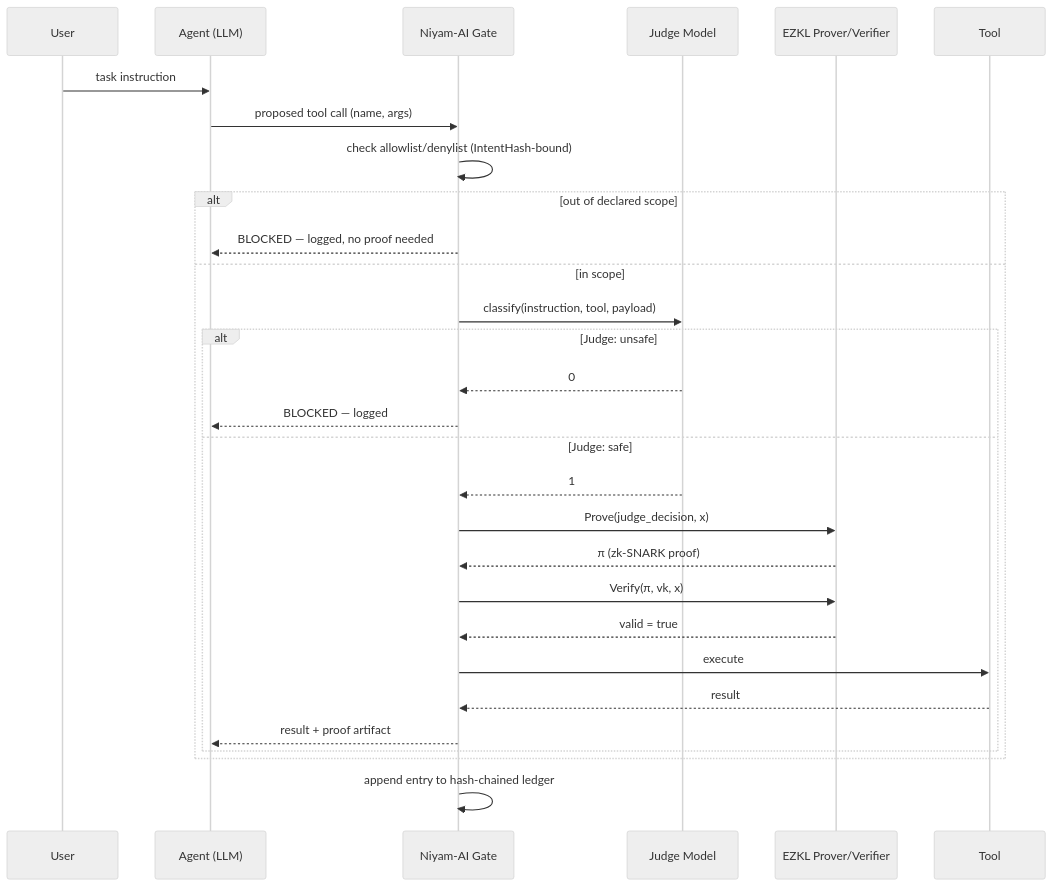
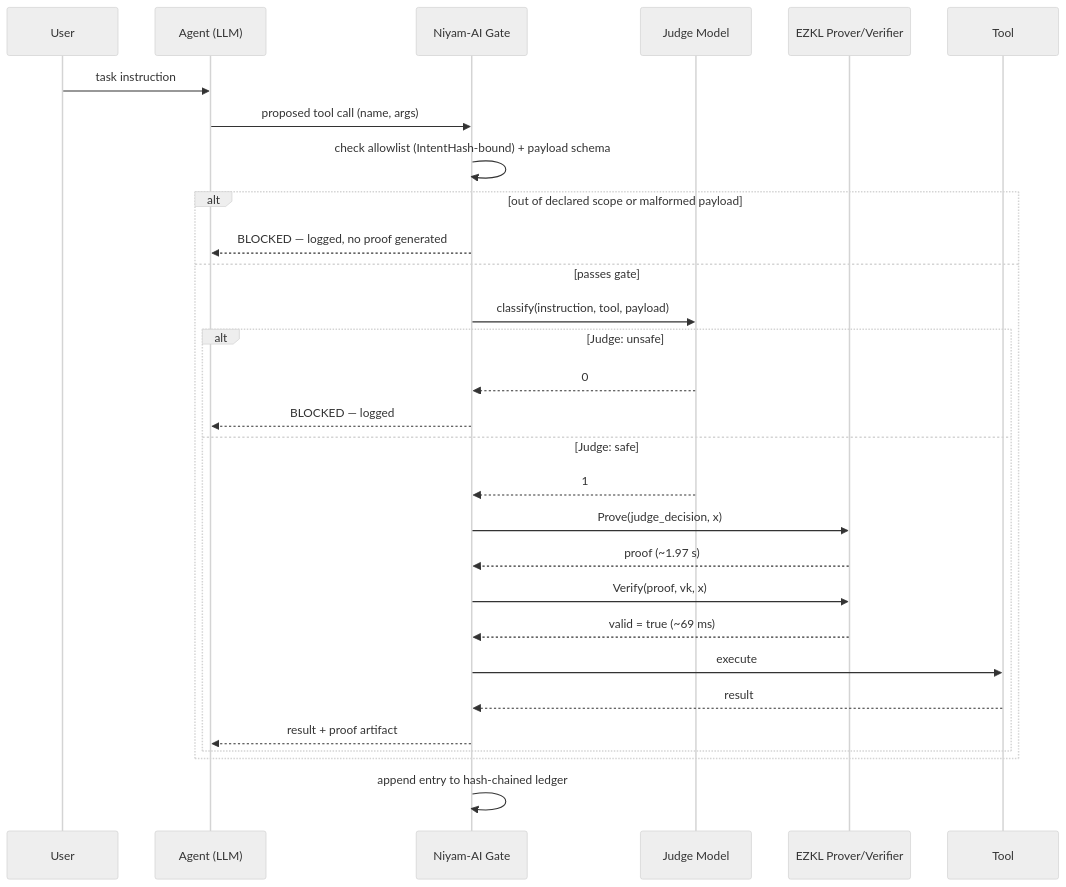
The second of 5 diagrams in README.md (Addyk-24/Niyam-AI), drawn with Mermaid (neutral theme) before and after one commit. The commit also changed other lines of this file and 2 other files, not shown here.

Commit message:
added readme updated with architectural and systems and requirement file and gitignore

````diff
--- a/README.md
+++ b/README.md
@@ -66,32 +70,32 @@
 ```mermaid
 sequenceDiagram
     participant U as User
     participant A as Agent (LLM)
     participant N as Niyam-AI Gate
     participant J as Judge Model
     participant Z as EZKL Prover/Verifier
     participant T as Tool
 
     U->>A: task instruction
     A->>N: proposed tool call (name, args)
-    N->>N: check allowlist/denylist (IntentHash-bound)
-    alt out of declared scope
-        N-->>A: BLOCKED — logged, no proof needed
-    else in scope
+    N->>N: check allowlist (IntentHash-bound) + payload schema
+    alt out of declared scope or malformed payload
+        N-->>A: BLOCKED — logged, no proof generated
+    else passes gate
         N->>J: classify(instruction, tool, payload)
         alt Judge: unsafe
             J-->>N: 0
             N-->>A: BLOCKED — logged
         else Judge: safe
             J-->>N: 1
             N->>Z: Prove(judge_decision, x)
-            Z-->>N: π (zk-SNARK proof)
-            N->>Z: Verify(π, vk, x)
-            Z-->>N: valid = true
+            Z-->>N: proof (~1.97 s)
+            N->>Z: Verify(proof, vk, x)
+            Z-->>N: valid = true (~69 ms)
             N->>T: execute
             T-->>N: result
             N-->>A: result + proof artifact
         end
     end
     N->>N: append entry to hash-chained ledger
 ```
````
